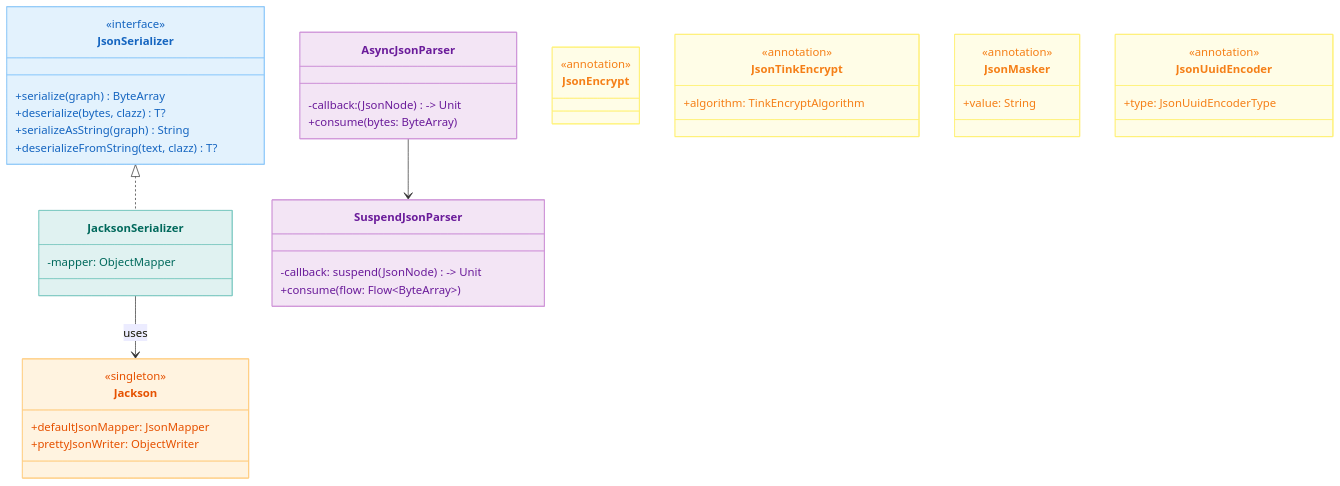
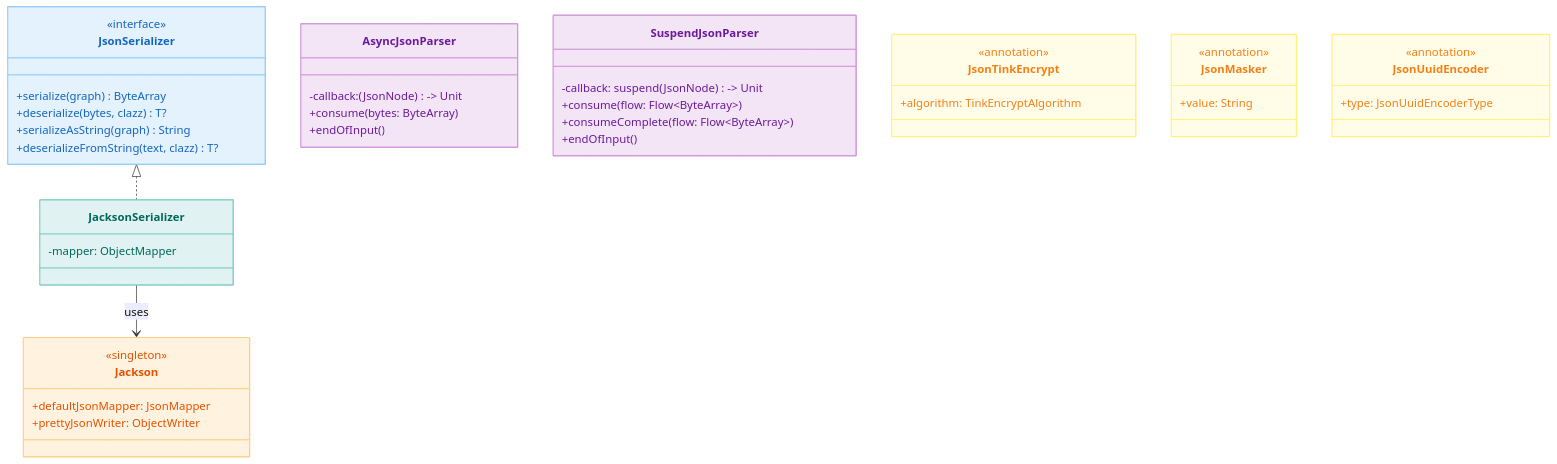
The first of 3 diagrams in io/jackson2/README.md (bluetape4k/bluetape4k-projects), drawn with Mermaid before and after one commit. The commit also changed other lines of this file and 7 other files, not shown here.

````diff
--- a/io/jackson2/README.md
+++ b/io/jackson2/README.md
@@ -16,63 +38,59 @@
 ```mermaid
 classDiagram
     class JsonSerializer {
         <<interface>>
         +serialize(graph) ByteArray
         +deserialize(bytes, clazz) T?
         +serializeAsString(graph) String
         +deserializeFromString(text, clazz) T?
     }
 
     class JacksonSerializer {
         -mapper: ObjectMapper
     }
 
     class Jackson {
         <<singleton>>
         +defaultJsonMapper: JsonMapper
         +prettyJsonWriter: ObjectWriter
     }
 
     class AsyncJsonParser {
         -callback: (JsonNode) -> Unit
         +consume(bytes: ByteArray)
+        +endOfInput()
     }
 
     class SuspendJsonParser {
         -callback: suspend (JsonNode) -> Unit
         +consume(flow: Flow~ByteArray~)
-    }
-
-    class JsonEncrypt {
-        <<annotation>>
+        +consumeComplete(flow: Flow~ByteArray~)
+        +endOfInput()
     }
 
     class JsonTinkEncrypt {
         <<annotation>>
         +algorithm: TinkEncryptAlgorithm
     }
 
     class JsonMasker {
         <<annotation>>
         +value: String
     }
 
     class JsonUuidEncoder {
         <<annotation>>
         +type: JsonUuidEncoderType
     }
 
     JsonSerializer <|.. JacksonSerializer
     JacksonSerializer --> Jackson : uses
-    AsyncJsonParser --> SuspendJsonParser
-
     style JsonSerializer fill:#E3F2FD,stroke:#90CAF9,color:#1565C0
     style JacksonSerializer fill:#E0F2F1,stroke:#80CBC4,color:#00695C
     style Jackson fill:#FFF3E0,stroke:#FFCC80,color:#E65100
     style AsyncJsonParser fill:#F3E5F5,stroke:#CE93D8,color:#6A1B9A
     style SuspendJsonParser fill:#F3E5F5,stroke:#CE93D8,color:#6A1B9A
-    style JsonEncrypt fill:#FFFDE7,stroke:#FFF176,color:#F57F17
     style JsonTinkEncrypt fill:#FFFDE7,stroke:#FFF176,color:#F57F17
     style JsonMasker fill:#FFFDE7,stroke:#FFF176,color:#F57F17
     style JsonUuidEncoder fill:#FFFDE7,stroke:#FFF176,color:#F57F17
 ```
````
